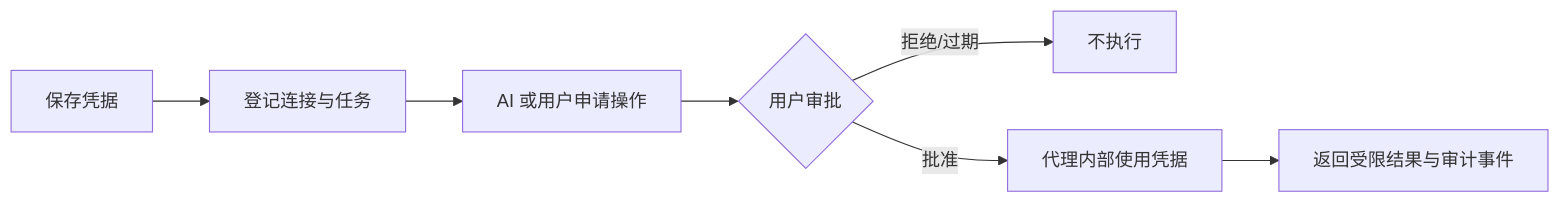
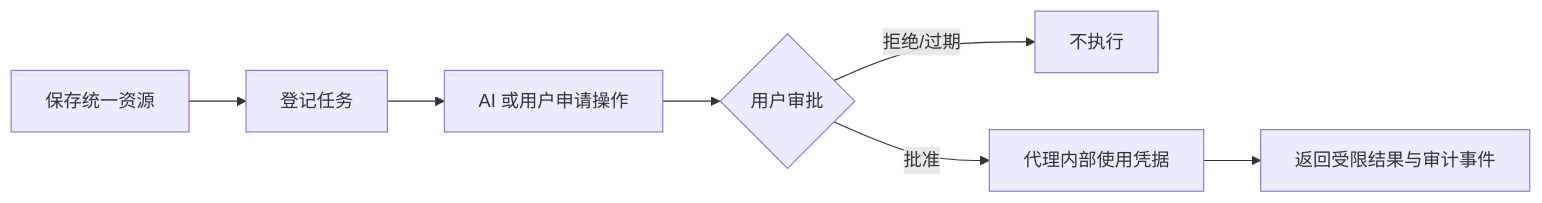
The diagram in docs/user-guide/使用指南.md (qq940500529/secretbridge), drawn with Mermaid before and after one commit. The commit also changed other lines of this file and 136 other files, not shown here.

````diff
--- a/docs/user-guide/使用指南.md
+++ b/docs/user-guide/使用指南.md
@@ -21,9 +21,9 @@
 ```mermaid
 flowchart LR
-    C["保存凭据"] --> T["登记连接与任务"]
+    C["保存统一资源"] --> T["登记任务"]
     T --> R["AI 或用户申请操作"]
     R --> A{"用户审批"}
     A -->|拒绝/过期| X["不执行"]
     A -->|批准| E["代理内部使用凭据"]
     E --> O["返回受限结果与审计事件"]
 ```
````
